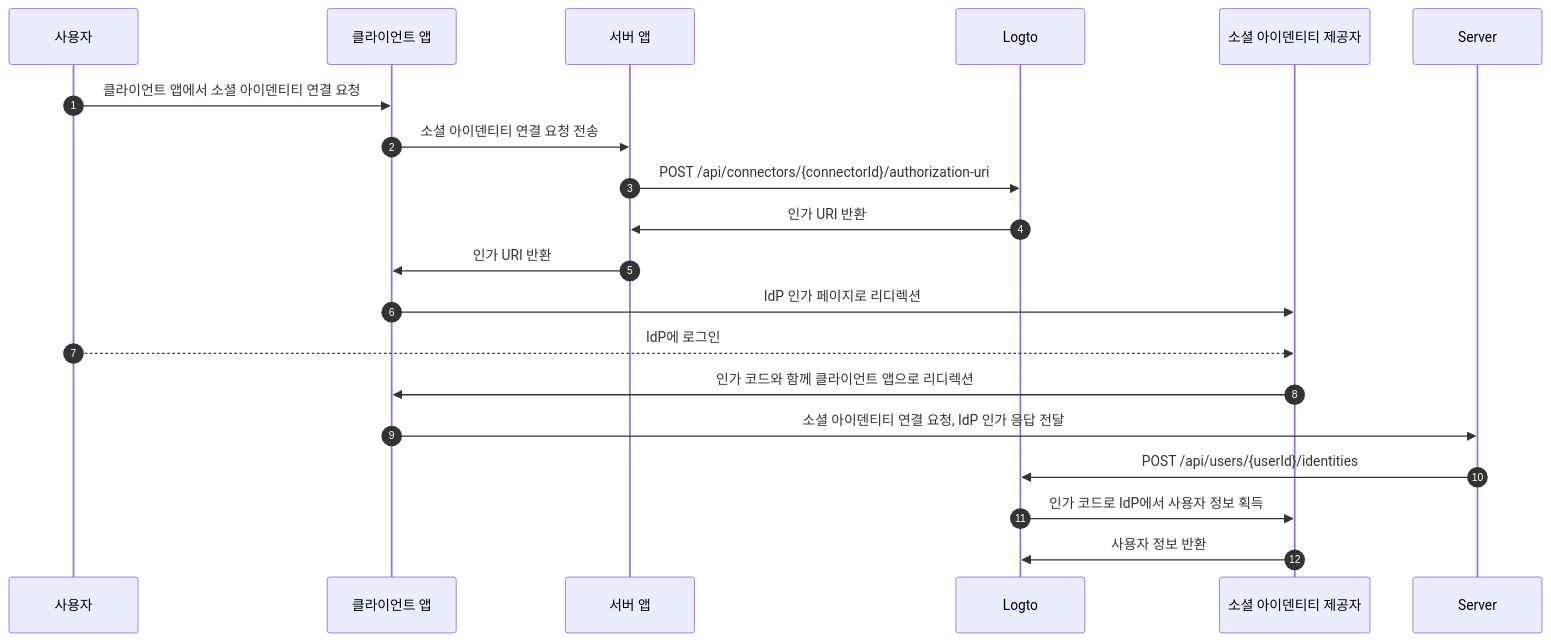
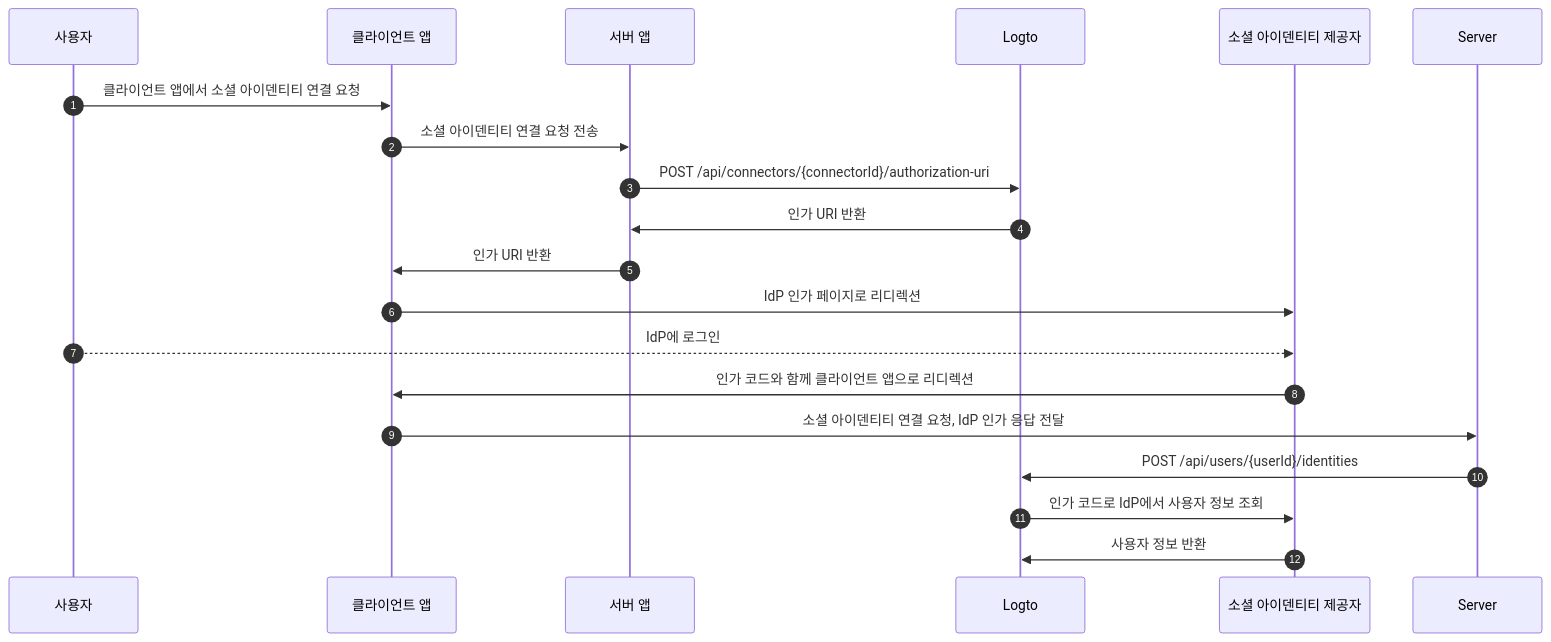
Before and after one commit to logto-io/docs: the third of 3 diagrams in i18n/ko/docusaurus-plugin-content-docs/current/end-user-flows/account-settings/by-management-api.mdx, drawn with Mermaid. The commit also changed other lines of this file and 152 other files, not shown here.

````diff
--- a/i18n/ko/docusaurus-plugin-content-docs/current/end-user-flows/account-settings/by-management-api.mdx
+++ b/i18n/ko/docusaurus-plugin-content-docs/current/end-user-flows/account-settings/by-management-api.mdx
@@ -121,22 +120,22 @@
 ```mermaid
 sequenceDiagram
     autoNumber
     participant User as 사용자
     participant Client as 클라이언트 앱
     participant App as 서버 앱
     participant Logto as Logto
     participant IdP as 소셜 아이덴티티 제공자
 
     User ->> Client: 클라이언트 앱에서 소셜 아이덴티티 연결 요청
     Client ->> App: 소셜 아이덴티티 연결 요청 전송
     App ->> Logto: POST /api/connectors/{connectorId}/authorization-uri
     Logto ->> App: 인가 URI 반환
     App ->> Client: 인가 URI 반환
     Client ->> IdP: IdP 인가 페이지로 리디렉션
     User -->> IdP: IdP에 로그인
     IdP ->> Client: 인가 코드와 함께 클라이언트 앱으로 리디렉션
     Client ->> Server: 소셜 아이덴티티 연결 요청, IdP 인가 응답 전달
     Server ->> Logto: POST /api/users/{userId}/identities
-    Logto ->> IdP: 인가 코드로 IdP에서 사용자 정보 획득
+    Logto ->> IdP: 인가 코드로 IdP에서 사용자 정보 조회
     IdP ->> Logto: 사용자 정보 반환
 ```
````
